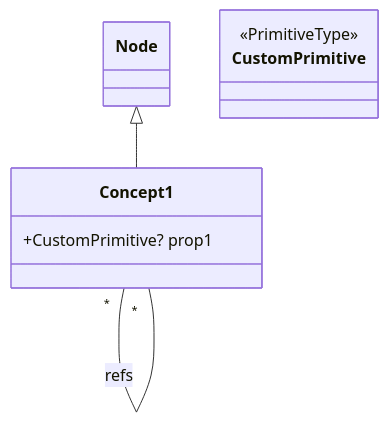
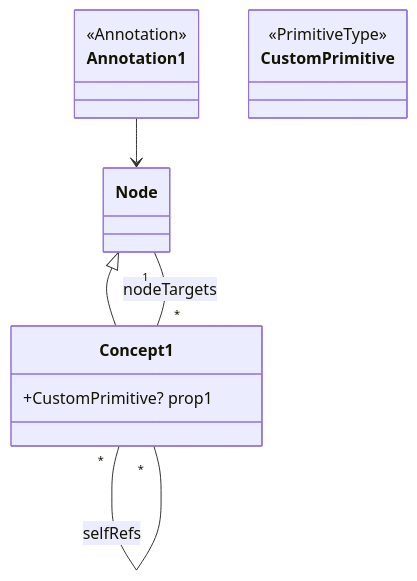
One commit to LionWeb-io/lionweb-typescript changed the diagram in packages/test/src/m3/diagrams/test-diagram-expected.md. Above: the diagram before and after it, drawn with Mermaid. The commit also changed 7 other files, not shown here.

````diff
--- a/packages/test/src/m3/diagrams/test-diagram-expected.md
+++ b/packages/test/src/m3/diagrams/test-diagram-expected.md
@@ -1,16 +1,22 @@
 ```mermaid
 classDiagram
+
+  class Annotation1
+  <<Annotation>> Annotation1
+  Annotation1 --> Node
 
   class Concept1 {
     +CustomPrimitive? prop1
   }
   Node <|-- Concept1
 
   class CustomPrimitive
   <<PrimitiveType>> CustomPrimitive
 
 
-  Concept1 "*" -- "*" Concept1: refs
+
+  Concept1 "*" -- "*" Concept1: selfRefs
+  Concept1 "*" -- "1" Node: nodeTargets
 
 
 ```
````
